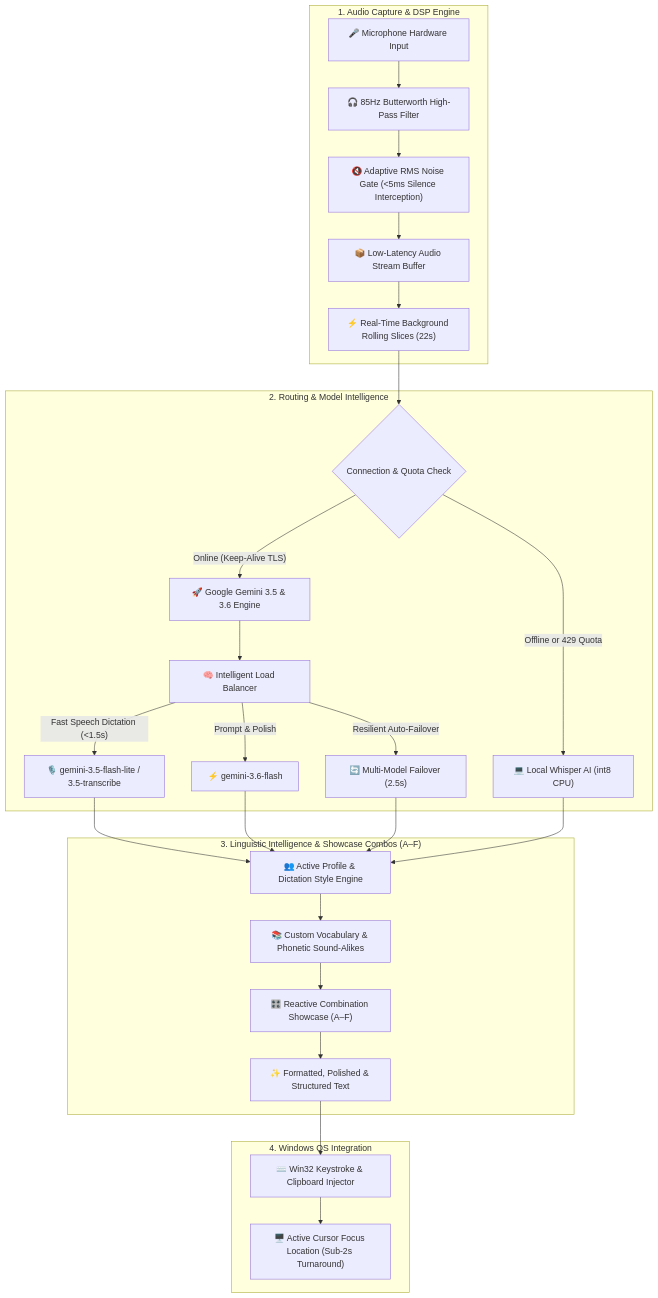
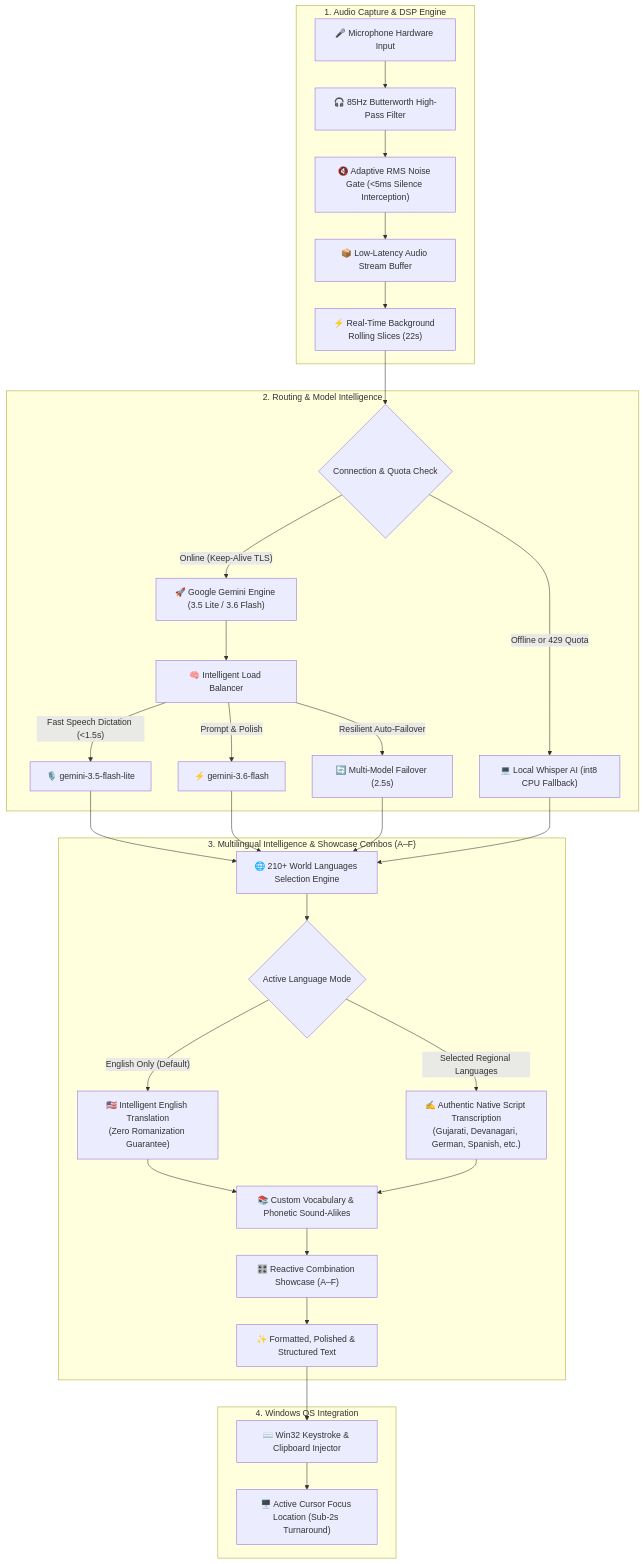
The diagram in README.md (SriniwasAwasthi/gemini-flow), drawn with Mermaid before and after one commit. The commit also changed other lines of this file and 23 other files, not shown here.

Commit message:
feat(multilingual): add 210+ languages catalog, fuzzy search, zero-romanization enforcement and updated UI showcase

````diff
--- a/README.md
+++ b/README.md
@@ -192,35 +199,39 @@
 ```mermaid
 flowchart TD
     subgraph Audio ["1. Audio Capture & DSP Engine"]
         A["🎤 Microphone Hardware Input"] --> B["🎧 85Hz Butterworth High-Pass Filter"]
         B --> C["🔇 Adaptive RMS Noise Gate (<5ms Silence Interception)"]
         C --> D["📦 Low-Latency Audio Stream Buffer"]
         D --> E["⚡ Real-Time Background Rolling Slices (22s)"]
     end
 
     subgraph Routing ["2. Routing & Model Intelligence"]
         E --> F{"Connection & Quota Check"}
-        F -->|"Online (Keep-Alive TLS)"| G["🚀 Google Gemini 3.5 & 3.6 Engine"]
-        F -->|"Offline or 429 Quota"| H["💻 Local Whisper AI (int8 CPU)"]
+        F -->|"Online (Keep-Alive TLS)"| G["🚀 Google Gemini Engine (3.5 Lite / 3.6 Flash)"]
+        F -->|"Offline or 429 Quota"| H["💻 Local Whisper AI (int8 CPU Fallback)"]
         
         G --> I["🧠 Intelligent Load Balancer"]
-        I -->|"Fast Speech Dictation (<1.5s)"| J["🎙️ gemini-3.5-flash-lite / 3.5-transcribe"]
+        I -->|"Fast Speech Dictation (<1.5s)"| J["🎙️ gemini-3.5-flash-lite"]
         I -->|"Prompt & Polish"| K["⚡ gemini-3.6-flash"]
         I -->|"Resilient Auto-Failover"| L["🔄 Multi-Model Failover (2.5s)"]
     end
 
-    subgraph Intelligence ["3. Linguistic Intelligence & Showcase Combos (A–F)"]
-        J --> M["👥 Active Profile & Dictation Style Engine"]
+    subgraph Intelligence ["3. Multilingual Intelligence & Showcase Combos (A–F)"]
+        J --> M["🌐 210+ World Languages Selection Engine"]
         K --> M
         L --> M
         H --> M
-        M --> N["📚 Custom Vocabulary & Phonetic Sound-Alikes"]
-        N --> O["🎛️ Reactive Combination Showcase (A–F)"]
-        O --> P["✨ Formatted, Polished & Structured Text"]
+        M --> N{"Active Language Mode"}
+        N -->|"English Only (Default)"| O1["🇺🇸 Intelligent English Translation\n(Zero Romanization Guarantee)"]
+        N -->|"Selected Regional Languages"| O2["✍️ Authentic Native Script Transcription\n(Gujarati, Devanagari, German, Spanish, etc.)"]
+        O1 --> P["📚 Custom Vocabulary & Phonetic Sound-Alikes"]
+        O2 --> P
+        P --> Q["🎛️ Reactive Combination Showcase (A–F)"]
+        Q --> R["✨ Formatted, Polished & Structured Text"]
     end
 
     subgraph Injection ["4. Windows OS Integration"]
-        P --> Q["⌨️ Win32 Keystroke & Clipboard Injector"]
-        Q --> R["🖥️ Active Cursor Focus Location (Sub-2s Turnaround)"]
+        R --> S["⌨️ Win32 Keystroke & Clipboard Injector"]
+        S --> T["🖥️ Active Cursor Focus Location (Sub-2s Turnaround)"]
     end
 ```
````
